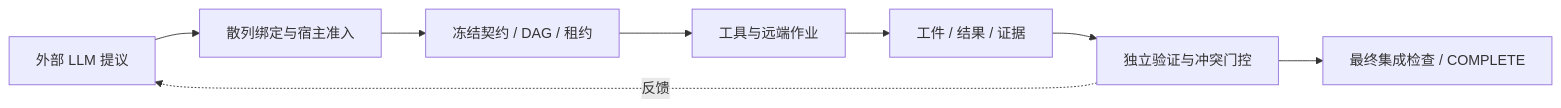
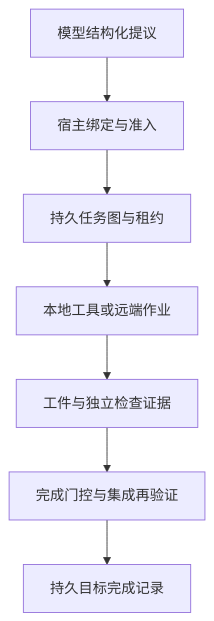
The first of 3 diagrams in patents/future-code/INVENTION_DISCLOSURE_CN.md (xuda1979/future-code), drawn with Mermaid before and after one commit. The commit also changed other lines of this file and 6 other files, not shown here.

````diff
--- a/patents/future-code/INVENTION_DISCLOSURE_CN.md
+++ b/patents/future-code/INVENTION_DISCLOSURE_CN.md
@@ -71,10 +80,9 @@
 ```mermaid
-flowchart LR
-  M[外部 LLM 提议] --> P[散列绑定与宿主准入]
-  P --> D[冻结契约 / DAG / 租约]
-  D --> T[工具与远端作业]
-  T --> E[工件 / 结果 / 证据]
-  E --> G[独立验证与冲突门控]
-  G --> I[最终集成检查 / COMPLETE]
-  G -.反馈.-> M
+flowchart TD
+  M[模型结构化提议] --> P[宿主绑定与准入]
+  P --> D[持久任务图与租约]
+  D --> T[本地工具或远端作业]
+  T --> E[工件与独立检查证据]
+  E --> G[完成门控与集成再验证]
+  G --> I[持久目标完成记录]
 ```
````
